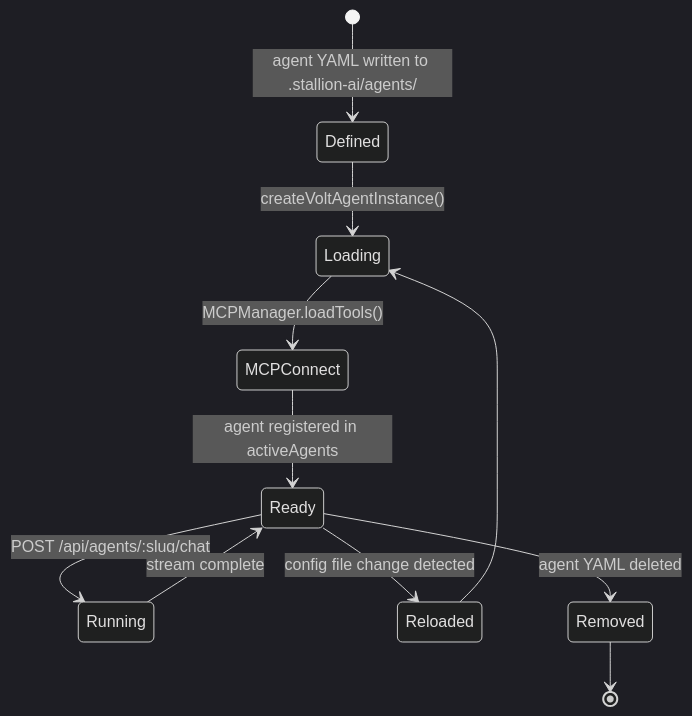
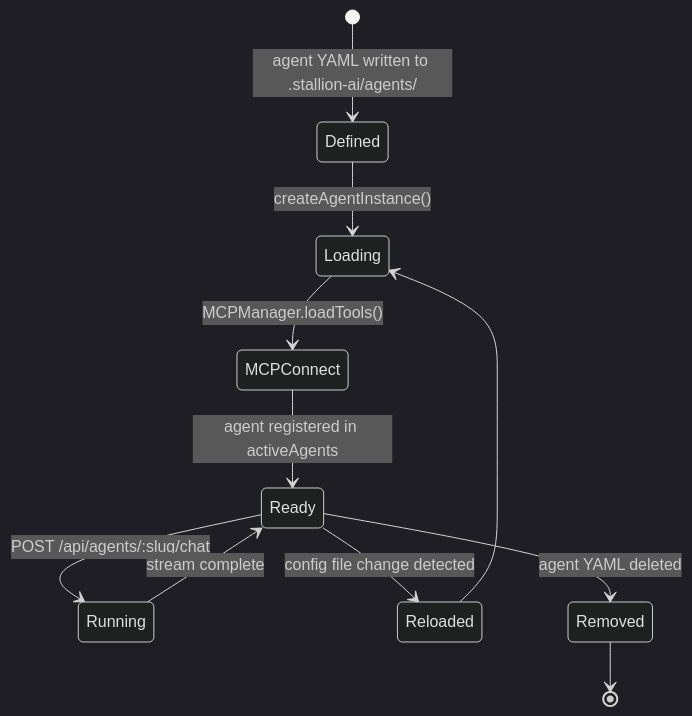
The fourth of 5 diagrams in docs/architecture.md (briananderson1222/work-agent), drawn with Mermaid (dark theme) before and after one commit. The commit also changed other lines of this file and 7 other files, not shown here.

First line of the commit message:
docs: CLI reference, plugins guide rewrite, VoltAgent cleanup

````diff
--- a/docs/architecture.md
+++ b/docs/architecture.md
@@ -181,13 +180,13 @@
 ```mermaid
 stateDiagram-v2
     [*] --> Defined: agent YAML written to .stallion-ai/agents/
-    Defined --> Loading: createVoltAgentInstance()
+    Defined --> Loading: createAgentInstance()
     Loading --> MCPConnect: MCPManager.loadTools()
     MCPConnect --> Ready: agent registered in activeAgents
     Ready --> Running: POST /api/agents/:slug/chat
     Running --> Ready: stream complete
     Ready --> Reloaded: config file change detected
     Reloaded --> Loading
     Ready --> Removed: agent YAML deleted
     Removed --> [*]
 ```
````
